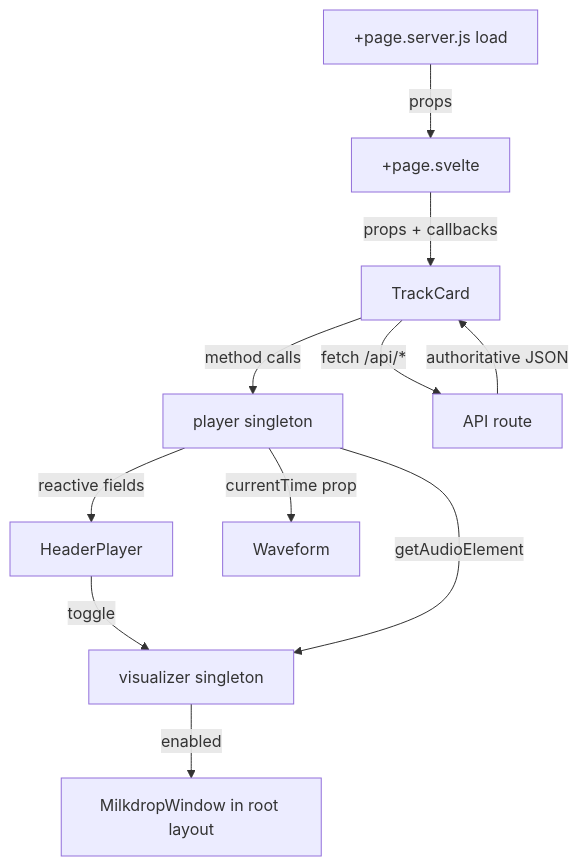
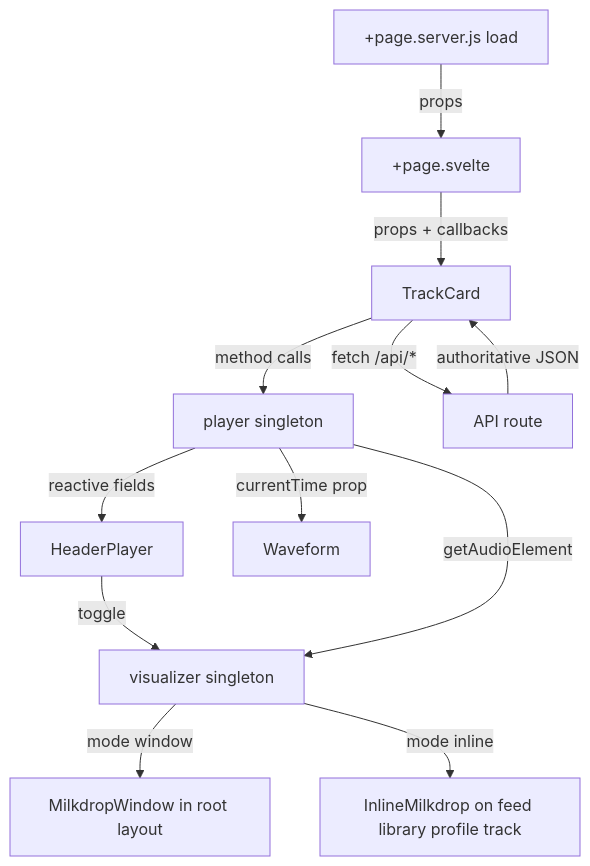
One commit to spreadsheetsusa/sndbnk changed the diagram in docs/reactivity.md. Above: the diagram before and after it, drawn with Mermaid. The commit also changed other lines of this file and 12 other files, not shown here.

````diff
--- a/docs/reactivity.md
+++ b/docs/reactivity.md
@@ -199,13 +199,14 @@
 ```mermaid
 flowchart TD
   load["+page.server.js load"] -->|"props"| page["+page.svelte"]
   page -->|"props + callbacks"| card["TrackCard"]
   card -->|"method calls"| player["player singleton"]
   player -->|"reactive fields"| bar["HeaderPlayer"]
   player -->|"currentTime prop"| wave["Waveform"]
   bar -->|"toggle"| viz["visualizer singleton"]
-  viz -->|"enabled"| milk["MilkdropWindow in root layout"]
+  viz -->|"mode window"| milk["MilkdropWindow in root layout"]
+  viz -->|"mode inline"| inline["InlineMilkdrop on feed library profile track"]
   player -->|"getAudioElement"| viz
   card -->|"fetch /api/*"| api["API route"]
   api -->|"authoritative JSON"| card
 ```
````
